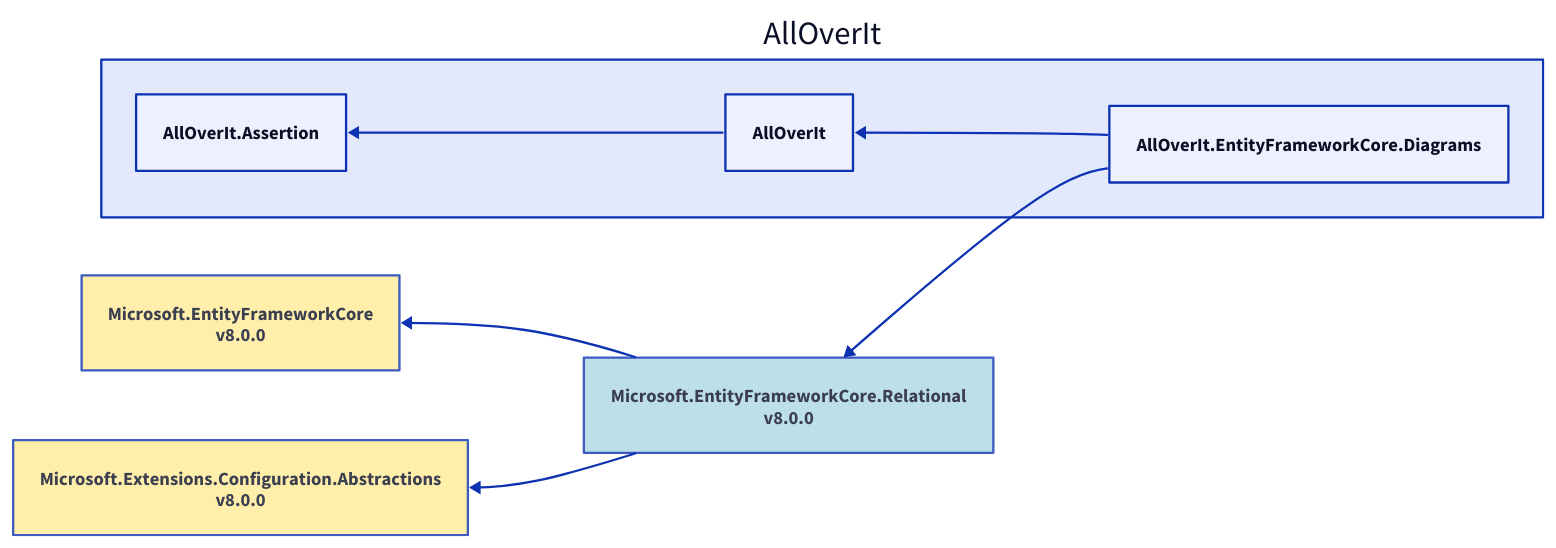
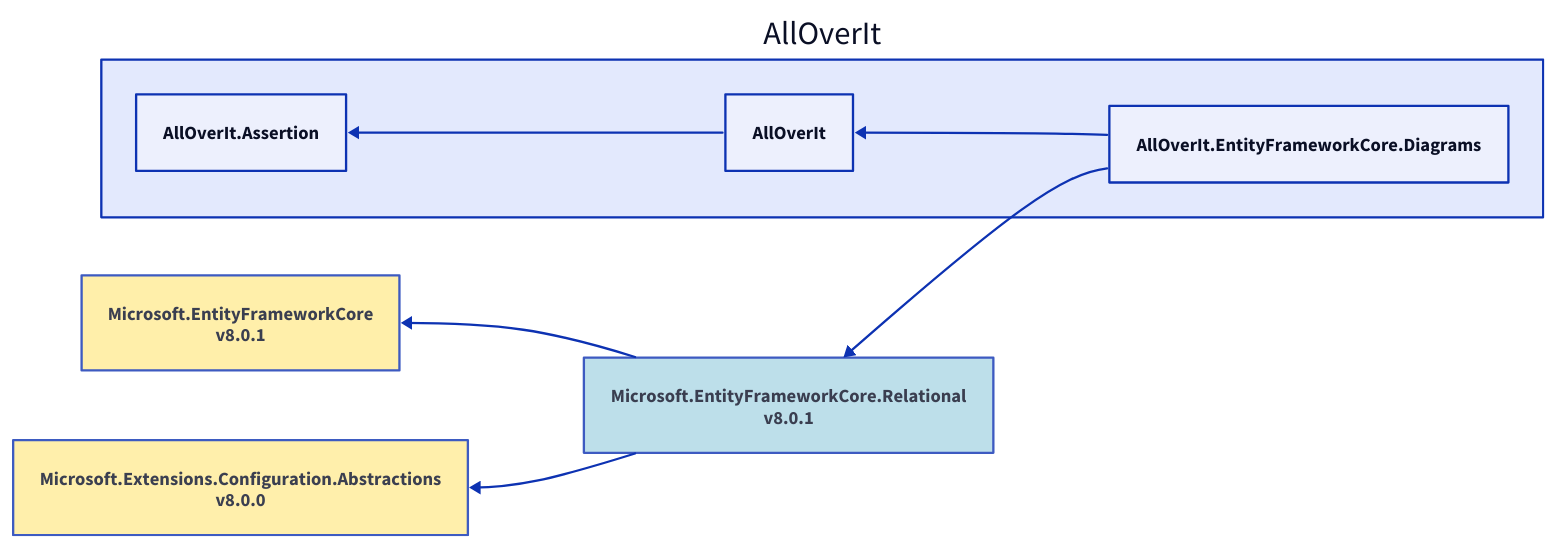
Before and after one commit to mjfreelancing/AllOverIt: the diagram in Docs/Reference/Content/images/dependencies/net8.0/alloverit-entityframeworkcore-diagrams.d2, drawn with D2. The commit also changed 56 other files, not shown here.

```diff
--- a/Docs/Reference/Content/images/dependencies/net8.0/alloverit-entityframeworkcore-diagrams.d2
+++ b/Docs/Reference/Content/images/dependencies/net8.0/alloverit-entityframeworkcore-diagrams.d2
@@ -1,20 +1,20 @@
 direction: left
 
 aoi: AllOverIt
 aoi.alloverit-entityframeworkcore-diagrams: AllOverIt.EntityFrameworkCore.Diagrams
-microsoft-entityframeworkcore-relational_8-0-0: Microsoft.EntityFrameworkCore.Relational\nv8.0.0
-microsoft-entityframeworkcore-relational_8-0-0.style.fill: "#ADD8E6"
-microsoft-entityframeworkcore-relational_8-0-0.style.opacity: 0.8
-microsoft-entityframeworkcore_8-0-0: Microsoft.EntityFrameworkCore\nv8.0.0
-microsoft-entityframeworkcore_8-0-0.style.fill: "#FFEC96"
-microsoft-entityframeworkcore_8-0-0.style.opacity: 0.8
-microsoft-entityframeworkcore_8-0-0 <- microsoft-entityframeworkcore-relational_8-0-0
+microsoft-entityframeworkcore-relational_8-0-1: Microsoft.EntityFrameworkCore.Relational\nv8.0.1
+microsoft-entityframeworkcore-relational_8-0-1.style.fill: "#ADD8E6"
+microsoft-entityframeworkcore-relational_8-0-1.style.opacity: 0.8
+microsoft-entityframeworkcore_8-0-1: Microsoft.EntityFrameworkCore\nv8.0.1
+microsoft-entityframeworkcore_8-0-1.style.fill: "#FFEC96"
+microsoft-entityframeworkcore_8-0-1.style.opacity: 0.8
+microsoft-entityframeworkcore_8-0-1 <- microsoft-entityframeworkcore-relational_8-0-1
 microsoft-extensions-configuration-abstractions_8-0-0: Microsoft.Extensions.Configuration.Abstractions\nv8.0.0
 microsoft-extensions-configuration-abstractions_8-0-0.style.fill: "#FFEC96"
 microsoft-extensions-configuration-abstractions_8-0-0.style.opacity: 0.8
-microsoft-extensions-configuration-abstractions_8-0-0 <- microsoft-entityframeworkcore-relational_8-0-0
-microsoft-entityframeworkcore-relational_8-0-0 <- aoi.alloverit-entityframeworkcore-diagrams
+microsoft-extensions-configuration-abstractions_8-0-0 <- microsoft-entityframeworkcore-relational_8-0-1
+microsoft-entityframeworkcore-relational_8-0-1 <- aoi.alloverit-entityframeworkcore-diagrams
 aoi.alloverit: AllOverIt
 aoi.alloverit-assertion: AllOverIt.Assertion
 aoi.alloverit-assertion <- aoi.alloverit
 aoi.alloverit <- aoi.alloverit-entityframeworkcore-diagrams
```
